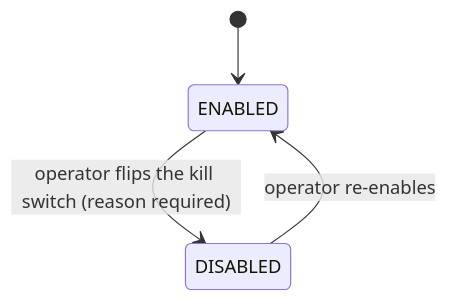
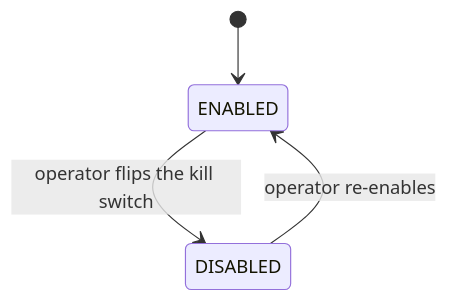
One commit to baldurhq/baldur changed the first of 2 diagrams in docs/concepts/oss/system-control.md. Above: the diagram before and after it, drawn with Mermaid. The commit also changed other lines of this file and 7 other files, not shown here.

````diff
--- a/docs/concepts/oss/system-control.md
+++ b/docs/concepts/oss/system-control.md
@@ -55,6 +63,6 @@
 ```mermaid
 stateDiagram-v2
     [*] --> ENABLED
-    ENABLED --> DISABLED: operator flips the kill switch (reason required)
+    ENABLED --> DISABLED: operator flips the kill switch
     DISABLED --> ENABLED: operator re-enables
 ```
````
